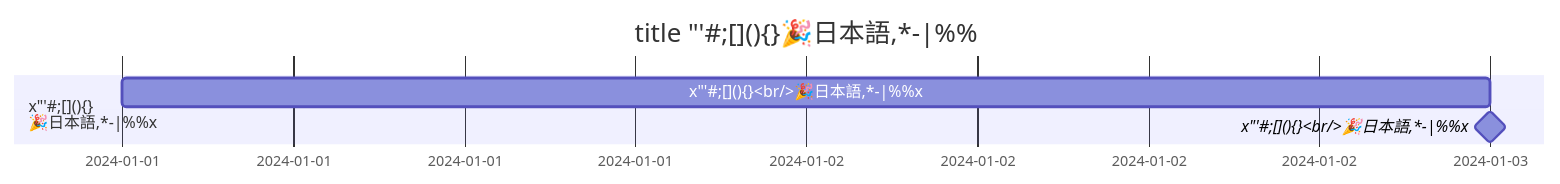
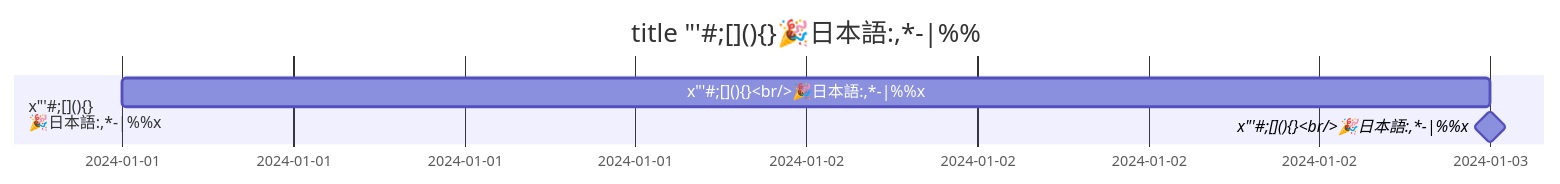
Before and after one commit to nao1215/markdown: the diagram in doc/edgecase/gantt.md, drawn with Mermaid. The commit also changed 4 other files, not shown here.

First line of the commit message:
fix(mermaid): escape the colon that cuts a gantt task name short (#162)

````diff
--- a/doc/edgecase/gantt.md
+++ b/doc/edgecase/gantt.md
@@ -5,8 +5,8 @@
 ```mermaid
 gantt
-    title title "'#;[](){}🎉日本語,*-|%%
+    title title "'#;[](){}🎉日本語:,*-|%%
     dateFormat YYYY-MM-DD
-    section x"'#;[](){}<br/>🎉日本語,*-|%%x
-    x"'#;[](){}<br/>🎉日本語,*-|%%x :2024-01-01, 2d
-    x"'#;[](){}<br/>🎉日本語,*-|%%x :milestone, milestone, 2024-01-03, 0d
+    section x"'#;[](){}<br/>🎉日本語:,*-|%%x
+    x"'#;[](){}<br/>🎉日本語#58;,*-|%%x :2024-01-01, 2d
+    x"'#;[](){}<br/>🎉日本語#58;,*-|%%x :milestone, milestone, 2024-01-03, 0d
 ```
````
